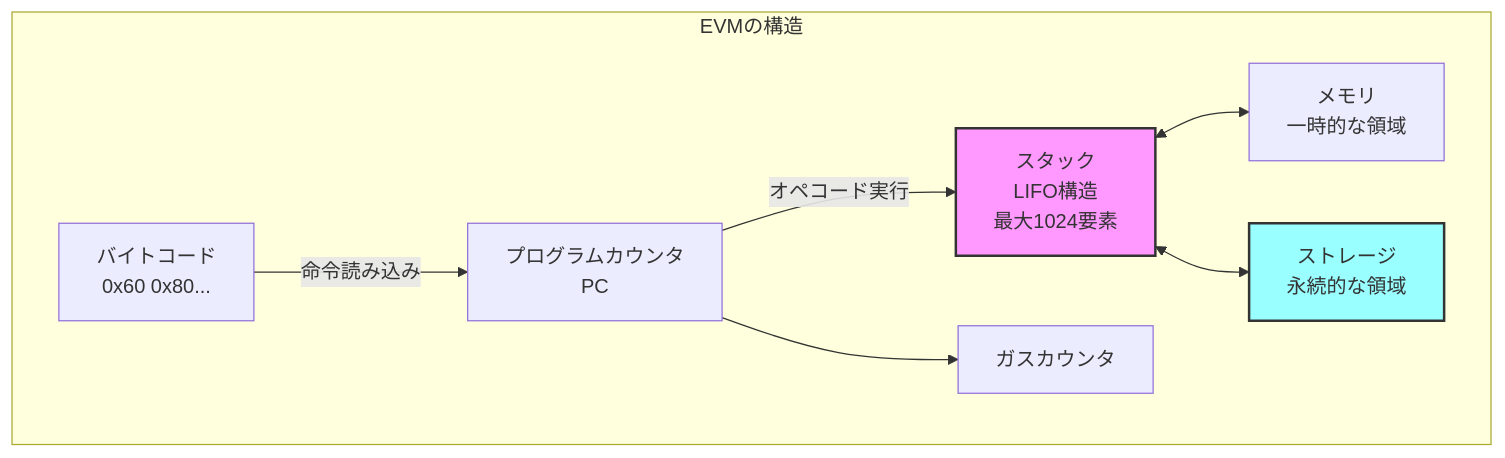
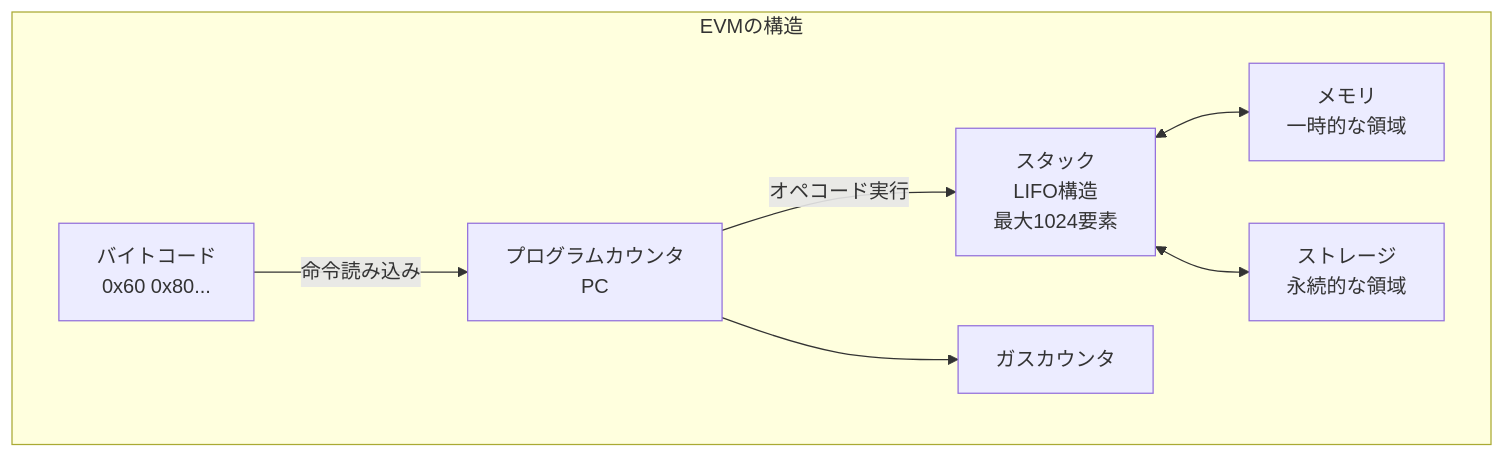
Before and after one commit to susumutomita/zenn-article: the second of 2 diagrams in books/zig-blockchain/draft/chapter9.md, drawn with Mermaid. The commit also changed 10 other files, not shown here.

First line of the commit message:
Zig本を無料公開しMermaid表示を修正する (#257)

````diff
--- a/books/zig-blockchain/draft/chapter9.md
+++ b/books/zig-blockchain/draft/chapter9.md
@@ -33,20 +33,18 @@
 ```mermaid
 graph TD
     subgraph "EVMの構造"
         PC[プログラムカウンタ<br/>PC]
         Code[バイトコード<br/>0x60 0x80...]
         Stack[スタック<br/>LIFO構造<br/>最大1024要素]
         Memory[メモリ<br/>一時的な領域]
         Storage[ストレージ<br/>永続的な領域]
         Gas[ガスカウンタ]
     end
 
     Code -->|命令読み込み| PC
     PC -->|オペコード実行| Stack
     Stack <--> Memory
     Stack <--> Storage
     PC --> Gas
 
-    style Stack fill:#f9f,stroke:#333,stroke-width:2px
-    style Storage fill:#9ff,stroke:#333,stroke-width:2px
 ```
````
